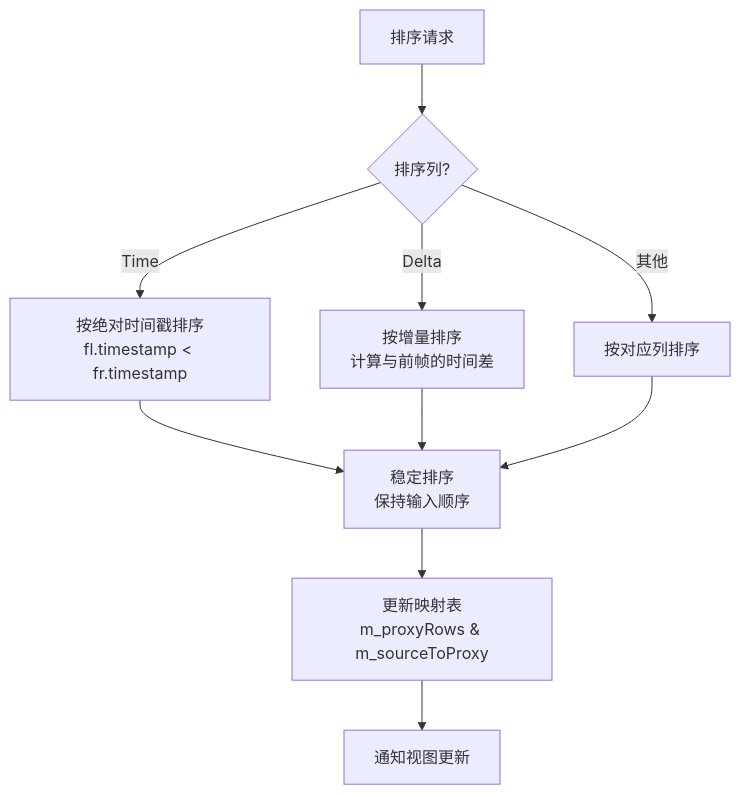
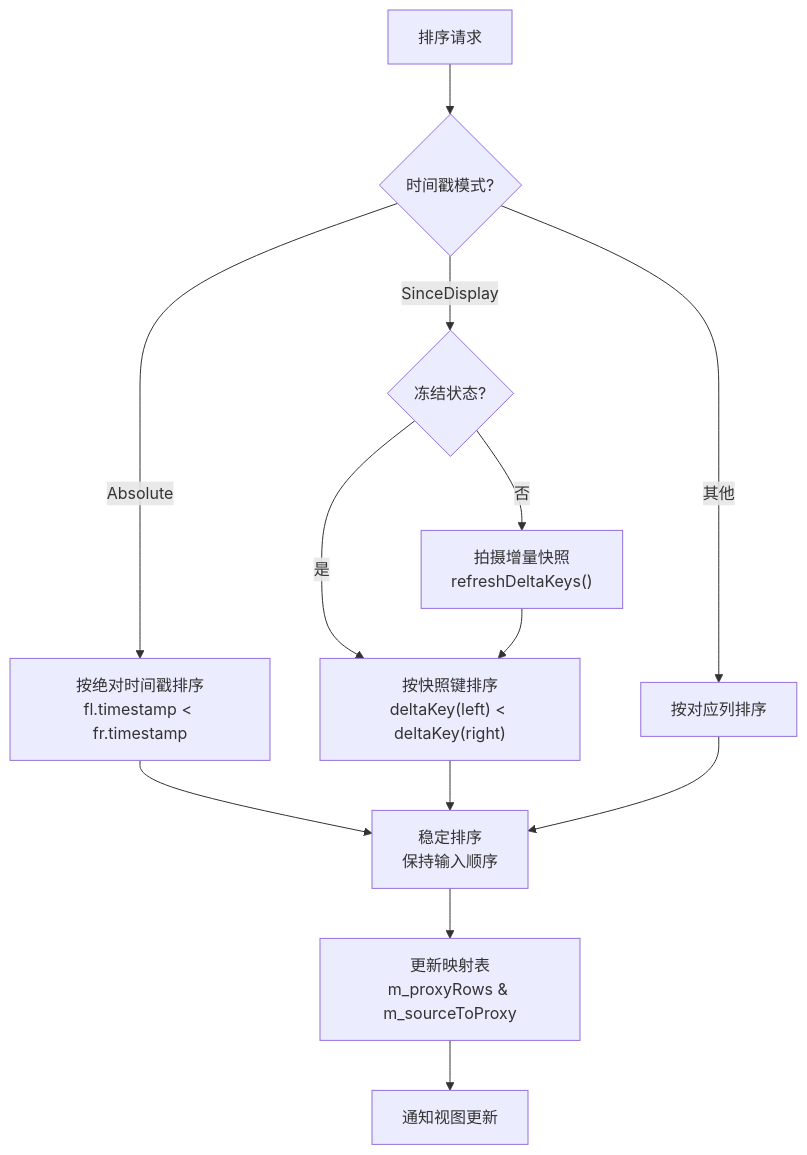
Before and after one commit to jakecai1225-design/OpenBus: the third of 10 diagrams in .qoder/repowiki/zh/content/架构设计/UI系统设计/跟踪视图视口概览.md, drawn with Mermaid. The commit also changed other lines of this file and 10 other files, not shown here.

````diff
--- a/.qoder/repowiki/zh/content/架构设计/UI系统设计/跟踪视图视口概览.md
+++ b/.qoder/repowiki/zh/content/架构设计/UI系统设计/跟踪视图视口概览.md
@@ -182,12 +184,15 @@
 ```mermaid
 flowchart TD
-Sort["排序请求"] --> CheckColumn{"排序列?"}
-CheckColumn --> |Time| AbsoluteSort["按绝对时间戳排序<br/>fl.timestamp < fr.timestamp"]
-CheckColumn --> |Delta| DeltaSort["按增量排序<br/>计算与前帧的时间差"]
-CheckColumn --> |其他| OtherSort["按对应列排序"]
+Sort["排序请求"] --> CheckMode{"时间戳模式?"}
+CheckMode --> |Absolute| AbsoluteSort["按绝对时间戳排序<br/>fl.timestamp < fr.timestamp"]
+CheckMode --> |SinceDisplay| CheckFrozen{"冻结状态?"}
+CheckFrozen --> |是| FrozenSort["按快照键排序<br/>deltaKey(left) < deltaKey(right)"]
+CheckFrozen --> |否| Snapshot["拍摄增量快照<br/>refreshDeltaKeys()"]
+Snapshot --> FrozenSort
+CheckMode --> |其他| OtherSort["按对应列排序"]
 AbsoluteSort --> StableSort["稳定排序<br/>保持输入顺序"]
-DeltaSort --> StableSort
+FrozenSort --> StableSort
 OtherSort --> StableSort
 StableSort --> UpdateMapping["更新映射表<br/>m_proxyRows & m_sourceToProxy"]
 UpdateMapping --> Notify["通知视图更新"]
 ```
````
